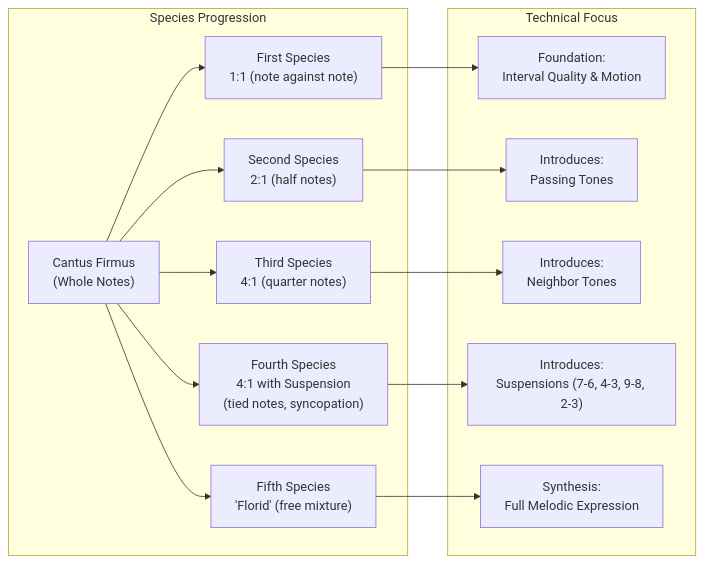
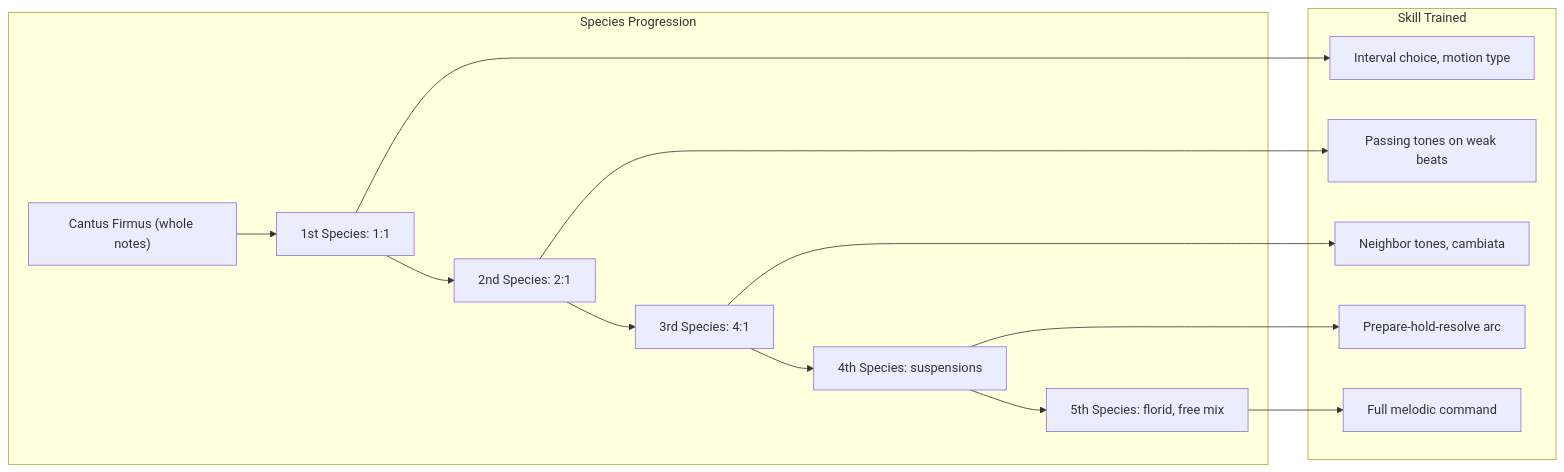
One commit to blebleblee/synapse changed the second of 3 diagrams in topics/arts/composition/counterpoint/lesson_01_counterpoint_fundamentals.md. Above: the diagram before and after it, drawn with Mermaid. The commit also changed other lines of this file and 4 other files, not shown here.

````diff
--- a/topics/arts/composition/counterpoint/lesson_01_counterpoint_fundamentals.md
+++ b/topics/arts/composition/counterpoint/lesson_01_counterpoint_fundamentals.md
@@ -106,30 +65,23 @@
 ```mermaid
 graph LR
     subgraph sub_species ["Species Progression"]
-        CF["Cantus Firmus<br/>(Whole Notes)"]
-        S1["First Species<br/>1:1 (note against note)"]
-        S2["Second Species<br/>2:1 (half notes)"]
-        S3["Third Species<br/>4:1 (quarter notes)"]
-        S4["Fourth Species<br/>4:1 with Suspension<br/>(tied notes, syncopation)"]
-        S5["Fifth Species<br/>'Florid' (free mixture)"]
+        CF["Cantus Firmus (whole notes)"]
+        S1["1st Species: 1:1"]
+        S2["2nd Species: 2:1"]
+        S3["3rd Species: 4:1"]
+        S4["4th Species: suspensions"]
+        S5["5th Species: florid, free mix"]
     end
-    
-    subgraph sub_techniques ["Technical Focus"]
-        R1["Foundation:<br/>Interval Quality & Motion"]
-        R2["Introduces:<br/>Passing Tones"]
-        R3["Introduces:<br/>Neighbor Tones"]
-        R4["Introduces:<br/>Suspensions (7-6, 4-3, 9-8, 2-3)"]
-        R5["Synthesis:<br/>Full Melodic Expression"]
+    subgraph sub_skill ["Skill Trained"]
+        R1["Interval choice, motion type"]
+        R2["Passing tones on weak beats"]
+        R3["Neighbor tones, cambiata"]
+        R4["Prepare-hold-resolve arc"]
+        R5["Full melodic command"]
     end
-    
-    CF --> S1
-    CF --> S2
-    CF --> S3
-    CF --> S4
-    CF --> S5
-    S1 --> R1
-    S2 --> R2
-    S3 --> R3
-    S4 --> R4
-    S5 --> R5
+    CF --> S1 --> R1
+    S1 --> S2 --> R2
+    S2 --> S3 --> R3
+    S3 --> S4 --> R4
+    S4 --> S5 --> R5
 ```
````
